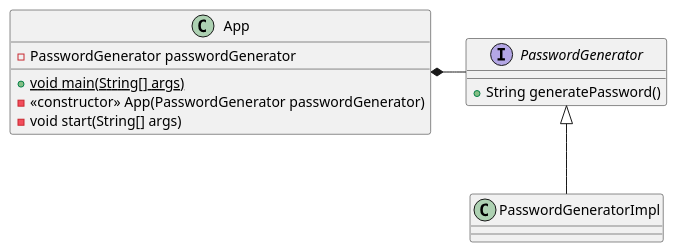
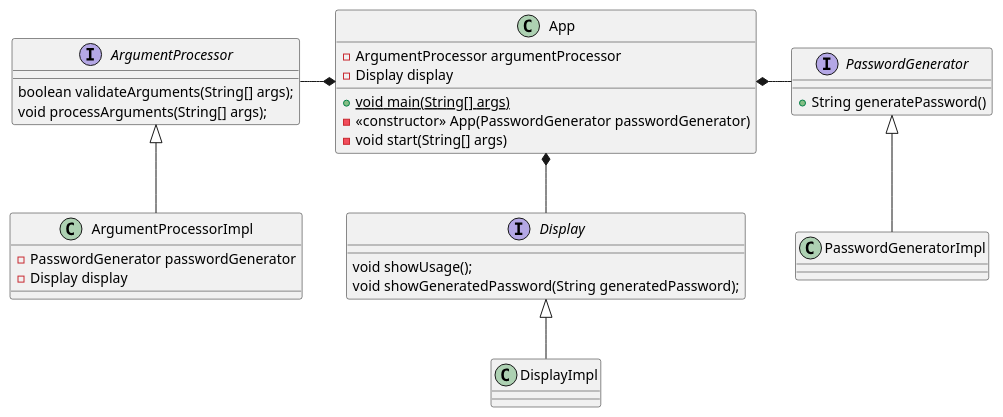
One commit to djvelimir/demo-java-cli changed the diagram in diagrams/Class.puml. Above: the diagram before and after it, drawn with PlantUML. The commit also changed 7 other files, not shown here.

Commit message:
Added display and argument processor

```diff
--- a/diagrams/Class.puml
+++ b/diagrams/Class.puml
@@ -1,20 +1,43 @@
 @startuml
 'https://plantuml.com/class-diagram
 
 class App {
-    - PasswordGenerator passwordGenerator
+    - ArgumentProcessor argumentProcessor
+    - Display display
     + {static} void main(String[] args)
     - <<constructor>> App(PasswordGenerator passwordGenerator)
     - void start(String[] args)
+}
+
+interface ArgumentProcessor {
+    boolean validateArguments(String[] args);
+    void processArguments(String[] args);
+}
+
+class ArgumentProcessorImpl {
+    - PasswordGenerator passwordGenerator
+    - Display display
+}
+
+interface Display {
+    void showUsage();
+    void showGeneratedPassword(String generatedPassword);
+}
+
+class DisplayImpl {
 }
 
 interface PasswordGenerator {
     +String generatePassword()
 }
 
 class PasswordGeneratorImpl {
 }
+ArgumentProcessor <|-- ArgumentProcessorImpl
+Display <|-- DisplayImpl
+PasswordGenerator <|-- PasswordGeneratorImpl
 
-PasswordGenerator <|-- PasswordGeneratorImpl
+App *--l ArgumentProcessor
+App *--d Display
 App *--r PasswordGenerator
 @enduml
```
